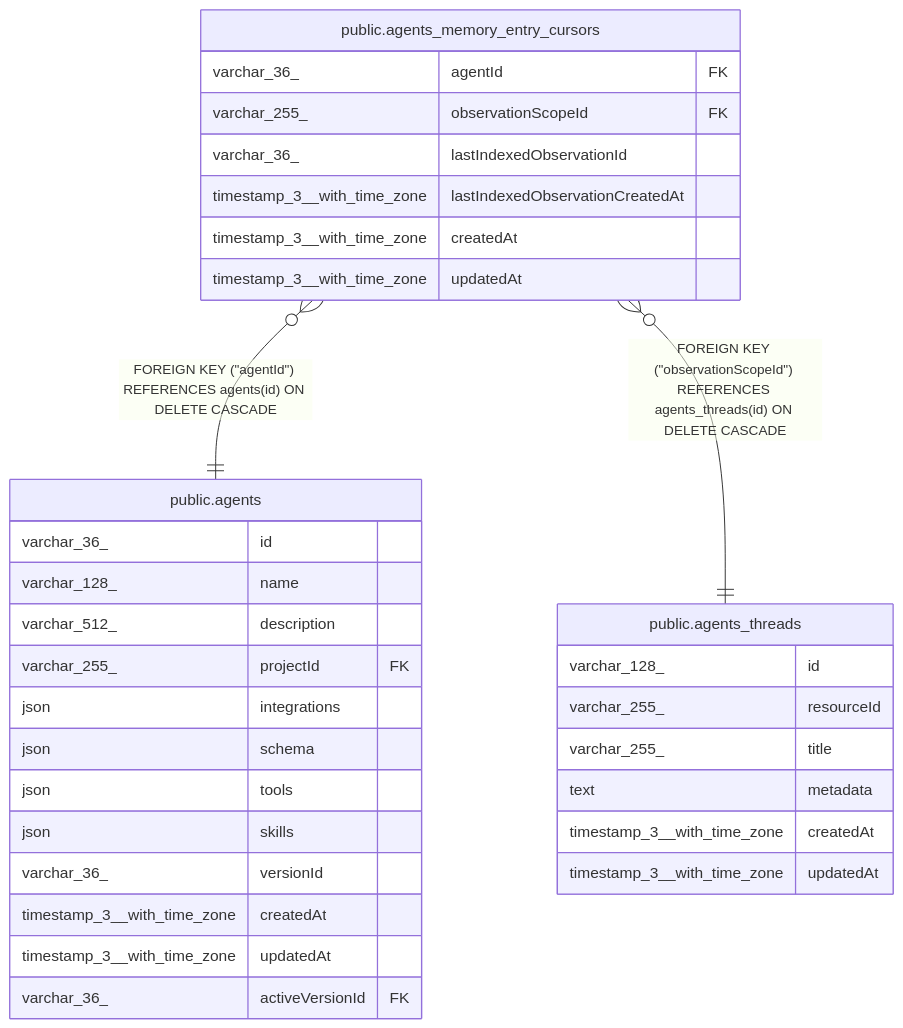
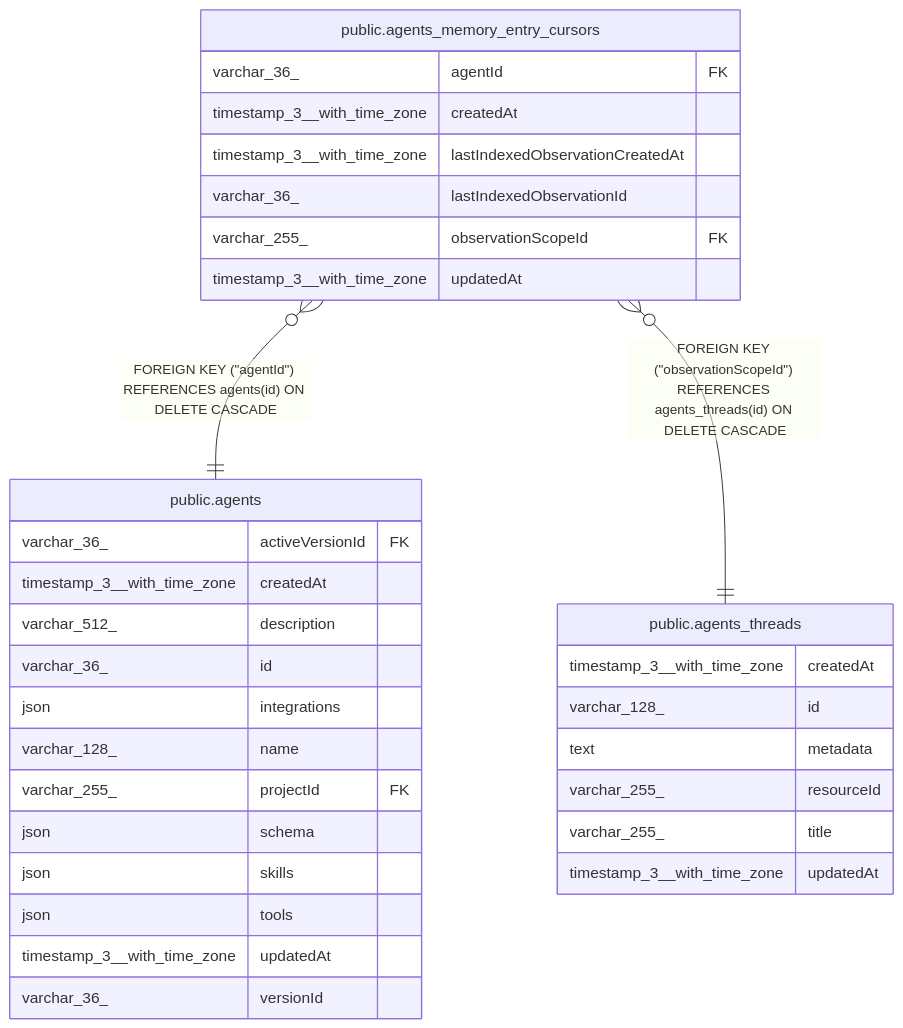
One commit to mayankjain1815-commits/n8n changed the diagram in docs/generated/postgres-schema/public.agents_memory_entry_cursors.md. Above: the diagram before and after it, drawn with Mermaid. The commit also changed other lines of this file and 221 other files, not shown here.

Commit message:
chore(core): Make DB schema docs generation deterministic (#32373)

````diff
--- a/docs/generated/postgres-schema/public.agents_memory_entry_cursors.md
+++ b/docs/generated/postgres-schema/public.agents_memory_entry_cursors.md
@@ -37,37 +37,37 @@
 ```mermaid
 erDiagram
 
 "public.agents_memory_entry_cursors" }o--|| "public.agents" : "FOREIGN KEY (#quot;agentId#quot;) REFERENCES agents(id) ON DELETE CASCADE"
 "public.agents_memory_entry_cursors" }o--|| "public.agents_threads" : "FOREIGN KEY (#quot;observationScopeId#quot;) REFERENCES agents_threads(id) ON DELETE CASCADE"
 
 "public.agents_memory_entry_cursors" {
   varchar_36_ agentId FK
+  timestamp_3__with_time_zone createdAt
+  timestamp_3__with_time_zone lastIndexedObservationCreatedAt
+  varchar_36_ lastIndexedObservationId
   varchar_255_ observationScopeId FK
-  varchar_36_ lastIndexedObservationId
-  timestamp_3__with_time_zone lastIndexedObservationCreatedAt
-  timestamp_3__with_time_zone createdAt
   timestamp_3__with_time_zone updatedAt
 }
 "public.agents" {
+  varchar_36_ activeVersionId FK
+  timestamp_3__with_time_zone createdAt
+  varchar_512_ description
   varchar_36_ id
+  json integrations
   varchar_128_ name
-  varchar_512_ description
   varchar_255_ projectId FK
-  json integrations
   json schema
+  json skills
   json tools
-  json skills
+  timestamp_3__with_time_zone updatedAt
   varchar_36_ versionId
-  timestamp_3__with_time_zone createdAt
-  timestamp_3__with_time_zone updatedAt
-  varchar_36_ activeVersionId FK
 }
 "public.agents_threads" {
+  timestamp_3__with_time_zone createdAt
   varchar_128_ id
+  text metadata
   varchar_255_ resourceId
   varchar_255_ title
-  text metadata
-  timestamp_3__with_time_zone createdAt
   timestamp_3__with_time_zone updatedAt
 }
 ```
````
